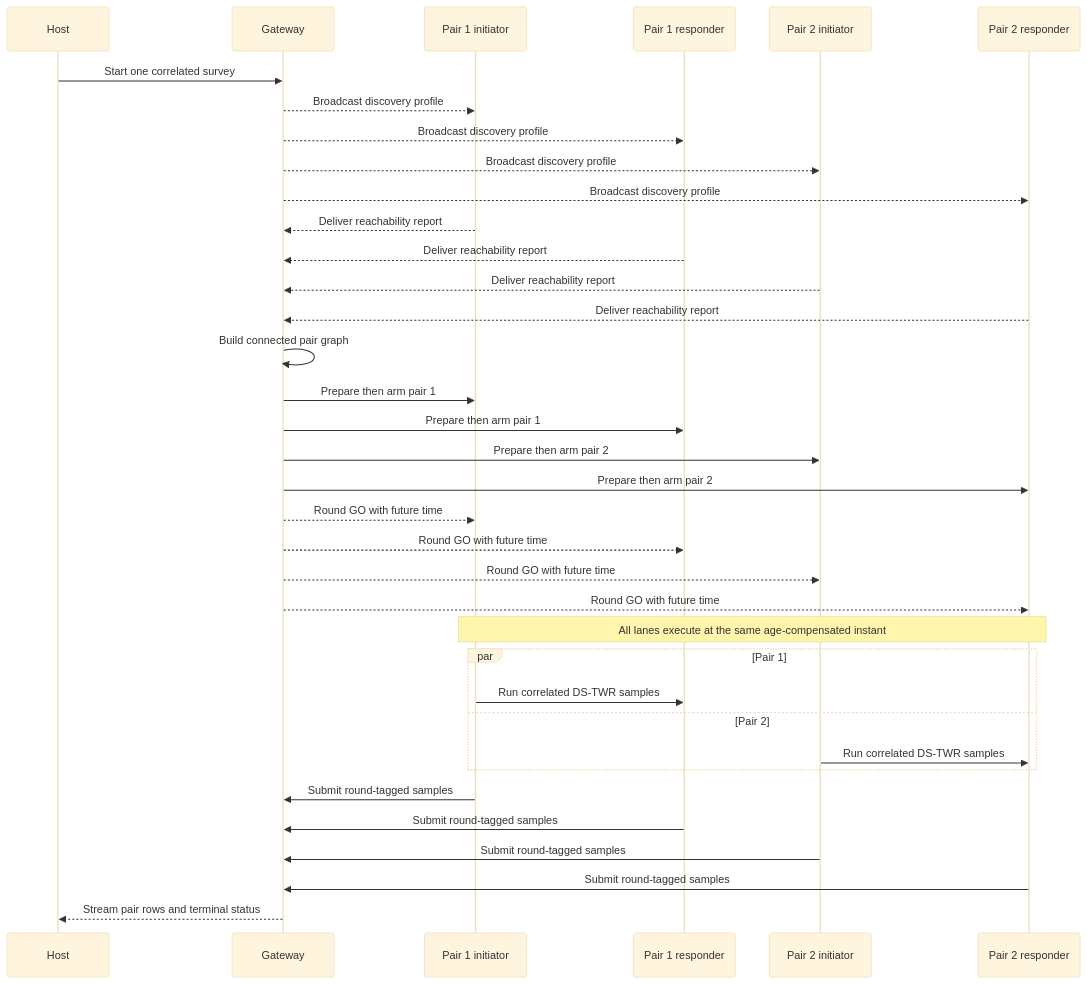
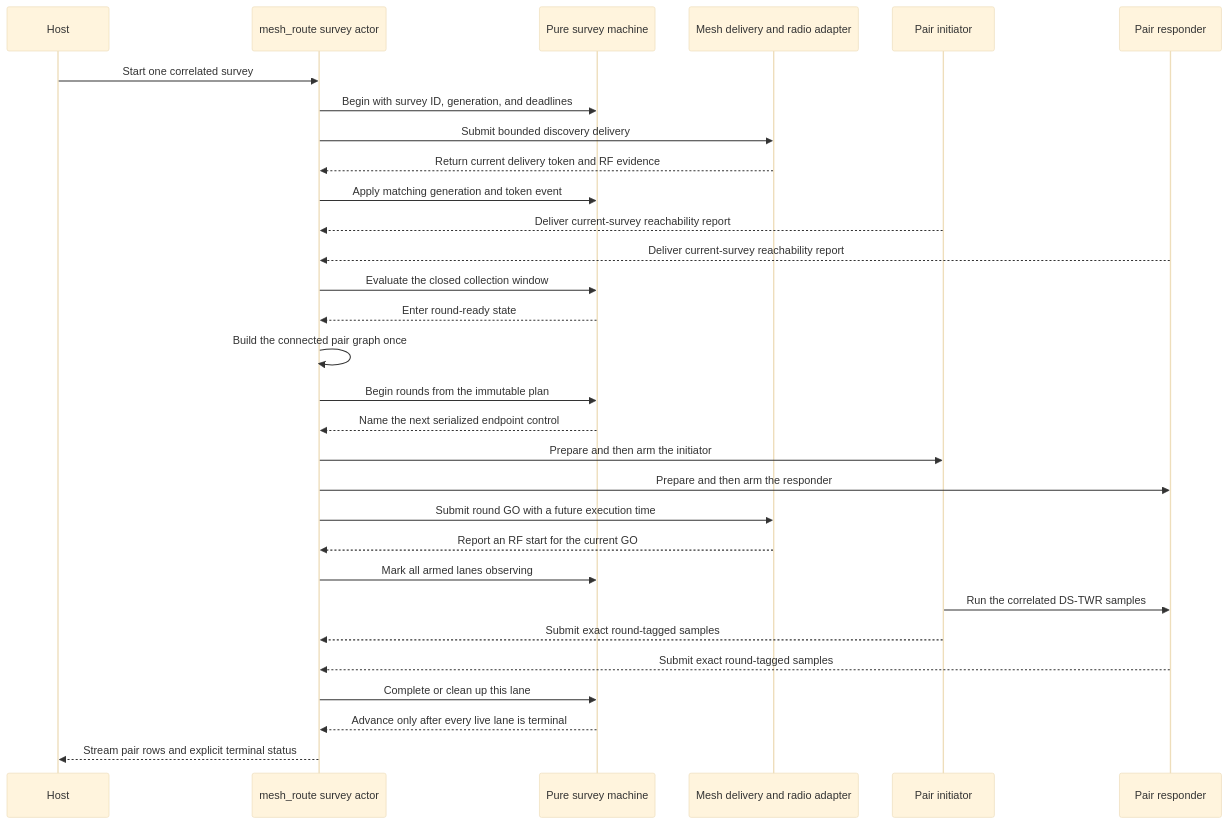
The diagram in docs/wiki/07_anchor-self-setup-survey-and-geometry.md (Jubliano-sama/IMEC2), drawn with Mermaid (base theme) before and after one commit. The commit also changed other lines of this file and 20 other files, not shown here.

Commit message:
Regenerate source-bound architecture wiki

````diff
--- a/docs/wiki/07_anchor-self-setup-survey-and-geometry.md
+++ b/docs/wiki/07_anchor-self-setup-survey-and-geometry.md
@@ -77,39 +88,33 @@
 ```mermaid
 sequenceDiagram
     participant H as Host
-    participant G as Gateway
-    participant I1 as Pair 1 initiator
-    participant R1 as Pair 1 responder
-    participant I2 as Pair 2 initiator
-    participant R2 as Pair 2 responder
+    participant A as mesh_route survey actor
+    participant M as Pure survey machine
+    participant D as Mesh delivery and radio adapter
+    participant I as Pair initiator
+    participant R as Pair responder
 
-    H->>G: Start one correlated survey
-    G-->>I1: Broadcast discovery profile
-    G-->>R1: Broadcast discovery profile
-    G-->>I2: Broadcast discovery profile
-    G-->>R2: Broadcast discovery profile
-    I1-->>G: Deliver reachability report
-    R1-->>G: Deliver reachability report
-    I2-->>G: Deliver reachability report
-    R2-->>G: Deliver reachability report
-    G->>G: Build connected pair graph
-    G->>I1: Prepare then arm pair 1
-    G->>R1: Prepare then arm pair 1
-    G->>I2: Prepare then arm pair 2
-    G->>R2: Prepare then arm pair 2
-    G-->>I1: Round GO with future time
-    G-->>R1: Round GO with future time
-    G-->>I2: Round GO with future time
-    G-->>R2: Round GO with future time
-    Note over I1,R2: All lanes execute at the same age-compensated instant
-    par Pair 1
-        I1->>R1: Run correlated DS-TWR samples
-    and Pair 2
-        I2->>R2: Run correlated DS-TWR samples
-    end
-    I1->>G: Submit round-tagged samples
-    R1->>G: Submit round-tagged samples
-    I2->>G: Submit round-tagged samples
-    R2->>G: Submit round-tagged samples
-    G-->>H: Stream pair rows and terminal status
+    H->>A: Start one correlated survey
+    A->>M: Begin with survey ID, generation, and deadlines
+    A->>D: Submit bounded discovery delivery
+    D-->>A: Return current delivery token and RF evidence
+    A->>M: Apply matching generation and token event
+    I-->>A: Deliver current-survey reachability report
+    R-->>A: Deliver current-survey reachability report
+    A->>M: Evaluate the closed collection window
+    M-->>A: Enter round-ready state
+    A->>A: Build the connected pair graph once
+    A->>M: Begin rounds from the immutable plan
+    M-->>A: Name the next serialized endpoint control
+    A->>I: Prepare and then arm the initiator
+    A->>R: Prepare and then arm the responder
+    A->>D: Submit round GO with a future execution time
+    D-->>A: Report an RF start for the current GO
+    A->>M: Mark all armed lanes observing
+    I->>R: Run the correlated DS-TWR samples
+    I-->>A: Submit exact round-tagged samples
+    R-->>A: Submit exact round-tagged samples
+    A->>M: Complete or clean up this lane
+    M-->>A: Advance only after every live lane is terminal
+    A-->>H: Stream pair rows and explicit terminal status
 ```
````
